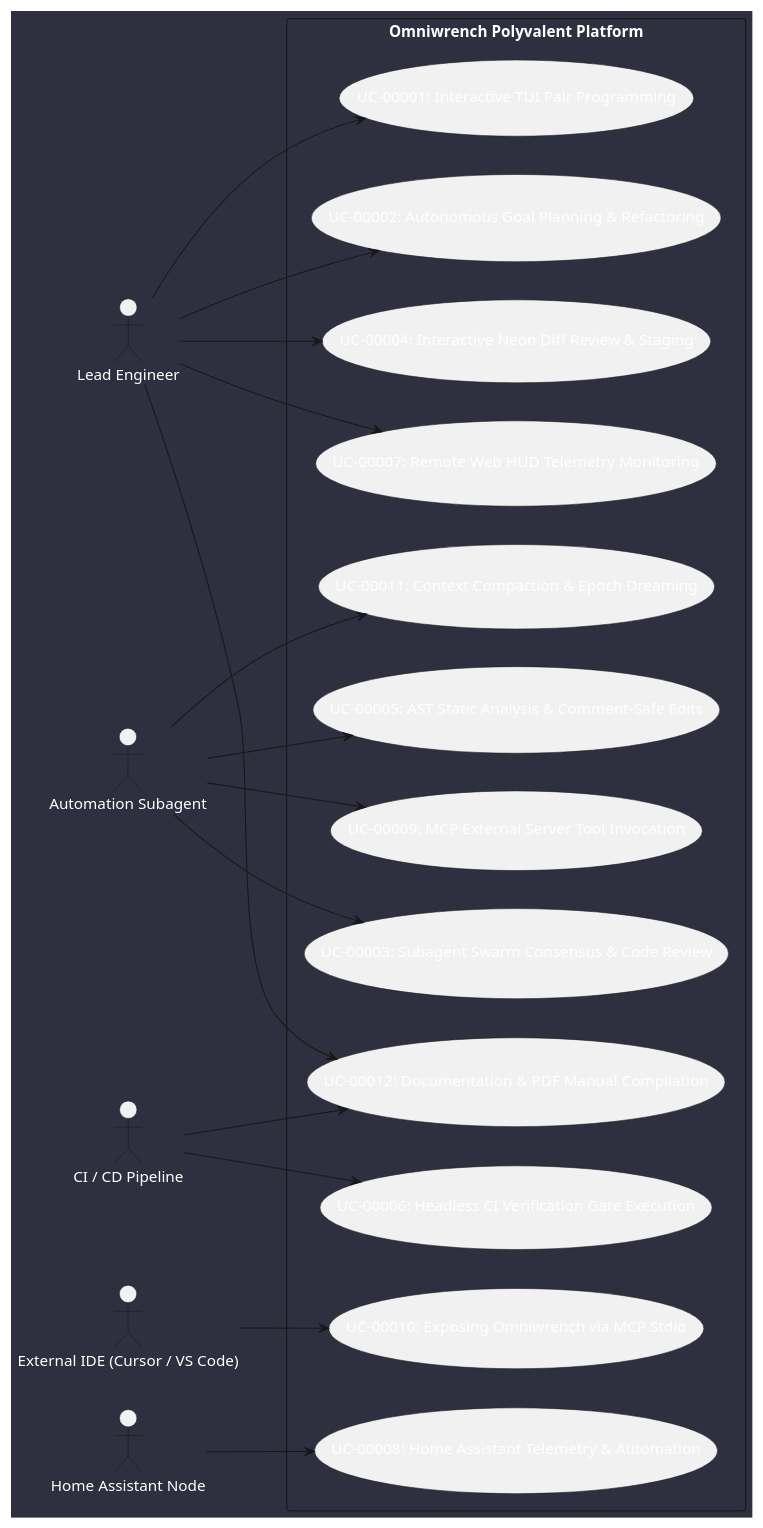
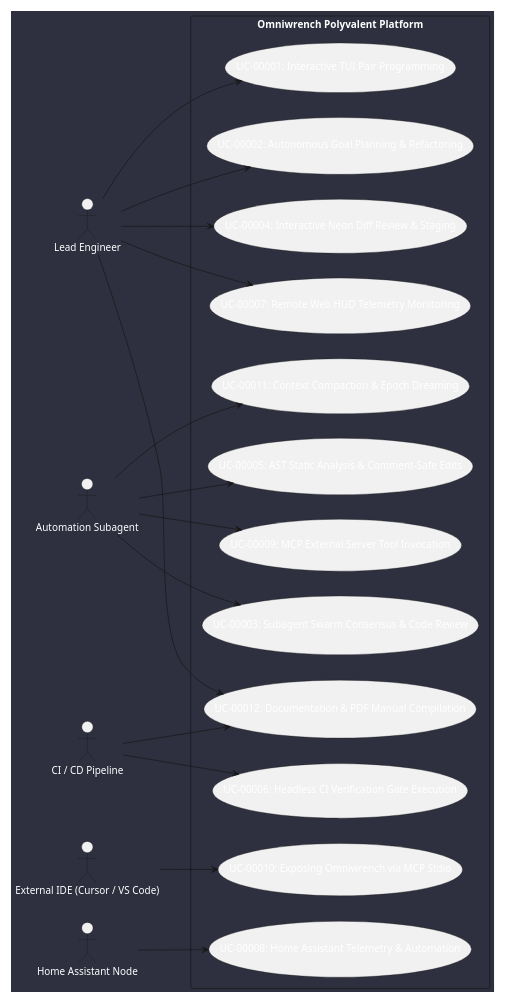
The diagram in doc/docs/use_cases/use_cases_index.md (mlecabellec/omniwrench), drawn with PlantUML before and after one commit. The commit also changed 3 other files, not shown here.

Commit message:
[WIP] Constrain Omniwrench PlantUML diagrams to A4 width and height bounds (RUN_WORKFLOW)

````diff
--- a/doc/docs/use_cases/use_cases_index.md
+++ b/doc/docs/use_cases/use_cases_index.md
@@ -5,45 +5,46 @@
 ```plantuml
 @startuml
+scale max 600*900
 skinparam backgroundColor #2e303f
 skinparam defaultFontColor #ffffff
 
 left to right direction
 actor "Lead Engineer" as DEV
 actor "Automation Subagent" as AGENT
 actor "CI / CD Pipeline" as CI
 actor "External IDE (Cursor / VS Code)" as IDE
 actor "Home Assistant Node" as HA
 
 rectangle "Omniwrench Polyvalent Platform" {
   usecase "UC-00001: Interactive TUI Pair Programming" as UC1
   usecase "UC-00002: Autonomous Goal Planning & Refactoring" as UC2
   usecase "UC-00003: Subagent Swarm Consensus & Code Review" as UC3
   usecase "UC-00004: Interactive Neon Diff Review & Staging" as UC4
   usecase "UC-00005: AST Static Analysis & Comment-Safe Edits" as UC5
   usecase "UC-00006: Headless CI Verification Gate Execution" as UC6
   usecase "UC-00007: Remote Web HUD Telemetry Monitoring" as UC7
   usecase "UC-00008: Home Assistant Telemetry & Automation" as UC8
   usecase "UC-00009: MCP External Server Tool Invocation" as UC9
   usecase "UC-00010: Exposing Omniwrench via MCP Stdio" as UC10
   usecase "UC-00011: Context Compaction & Epoch Dreaming" as UC11
   usecase "UC-00012: Documentation & PDF Manual Compilation" as UC12
 }
 
 DEV --> UC1
 DEV --> UC2
 DEV --> UC4
 DEV --> UC7
 DEV --> UC12
 
 AGENT --> UC3
 AGENT --> UC5
 AGENT --> UC9
 AGENT --> UC11
 
 CI --> UC6
 CI --> UC12
 
 IDE --> UC10
 HA --> UC8
 @enduml
 ```
````
